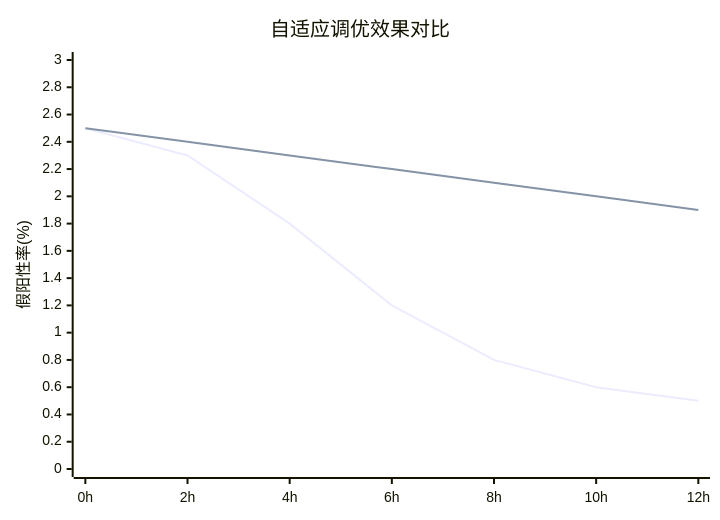
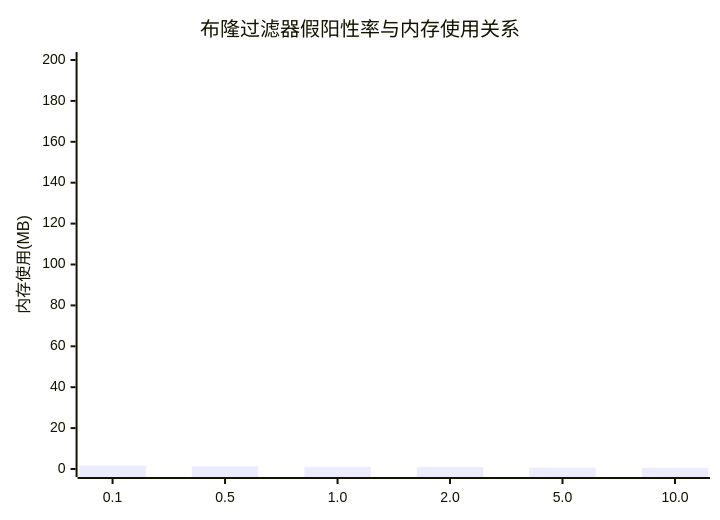
Before and after one commit to crazypenguincode/duckdb: the eighth of 25 diagrams in md/第五章-实验与分析.md, drawn with Mermaid. The commit also changed other lines of this file and 361 other files, not shown here.

````diff
--- a/md/第五章-实验与分析.md
+++ b/md/第五章-实验与分析.md
@@ -403,8 +276,7 @@
 ```mermaid
 xychart-beta
-    title "自适应调优效果对比"
-    x-axis [0h, 2h, 4h, 6h, 8h, 10h, 12h]
-    y-axis "假阳性率(%)" 0 --> 3
-    line [2.5, 2.3, 1.8, 1.2, 0.8, 0.6, 0.5]
-    line [2.5, 2.4, 2.3, 2.2, 2.1, 2.0, 1.9]
+    title "布隆过滤器假阳性率与内存使用关系"
+    x-axis [0.1, 0.5, 1.0, 2.0, 5.0, 10.0]
+    y-axis "内存使用(MB)" 0 --> 200
+    bar [1.7, 1.3, 1.1, 1.0, 0.7, 0.6]
 ```
````
